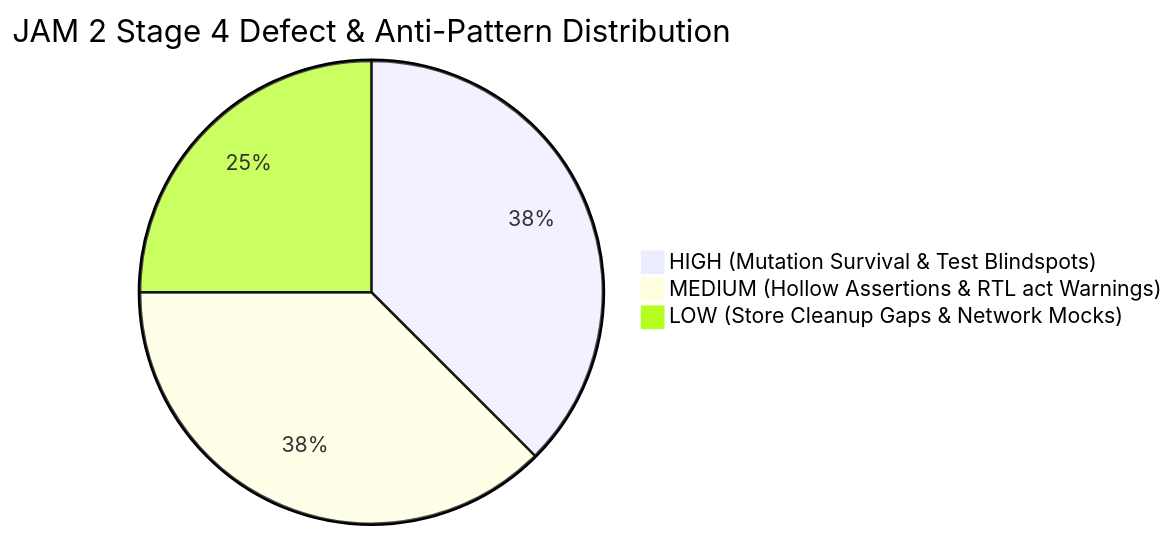
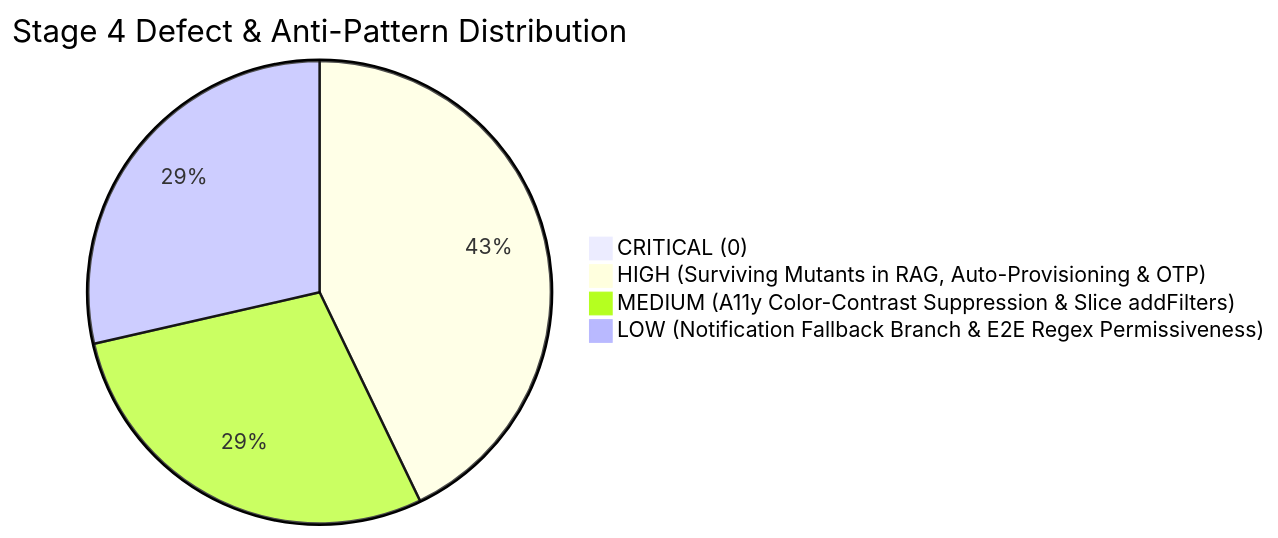
One commit to Veras-D/AprovaENEM changed the first of 3 diagrams in docs/audit/jam2-stage4-test-quality-mutation.md. Above: the diagram before and after it, drawn with Mermaid. The commit also changed other lines of this file and 1 other file, not shown here.

Commit message:
docs(audit): publish comprehensive stage 4 full-stack test quality and mutation audit (TASK-S6-06)

````diff
--- a/docs/audit/jam2-stage4-test-quality-mutation.md
+++ b/docs/audit/jam2-stage4-test-quality-mutation.md
@@ -23,6 +24,7 @@
 ```mermaid
-pie title JAM 2 Stage 4 Defect & Anti-Pattern Distribution
-    "HIGH (Mutation Survival & Test Blindspots)" : 3
-    "MEDIUM (Hollow Assertions & RTL act Warnings)" : 3
-    "LOW (Store Cleanup Gaps & Network Mocks)" : 2
+pie title Stage 4 Defect & Anti-Pattern Distribution
+    "CRITICAL (0)" : 0
+    "HIGH (Surviving Mutants in RAG, Auto-Provisioning & OTP)" : 3
+    "MEDIUM (A11y Color-Contrast Suppression & Slice addFilters)" : 2
+    "LOW (Notification Fallback Branch & E2E Regex Permissiveness)" : 2
 ```
````
